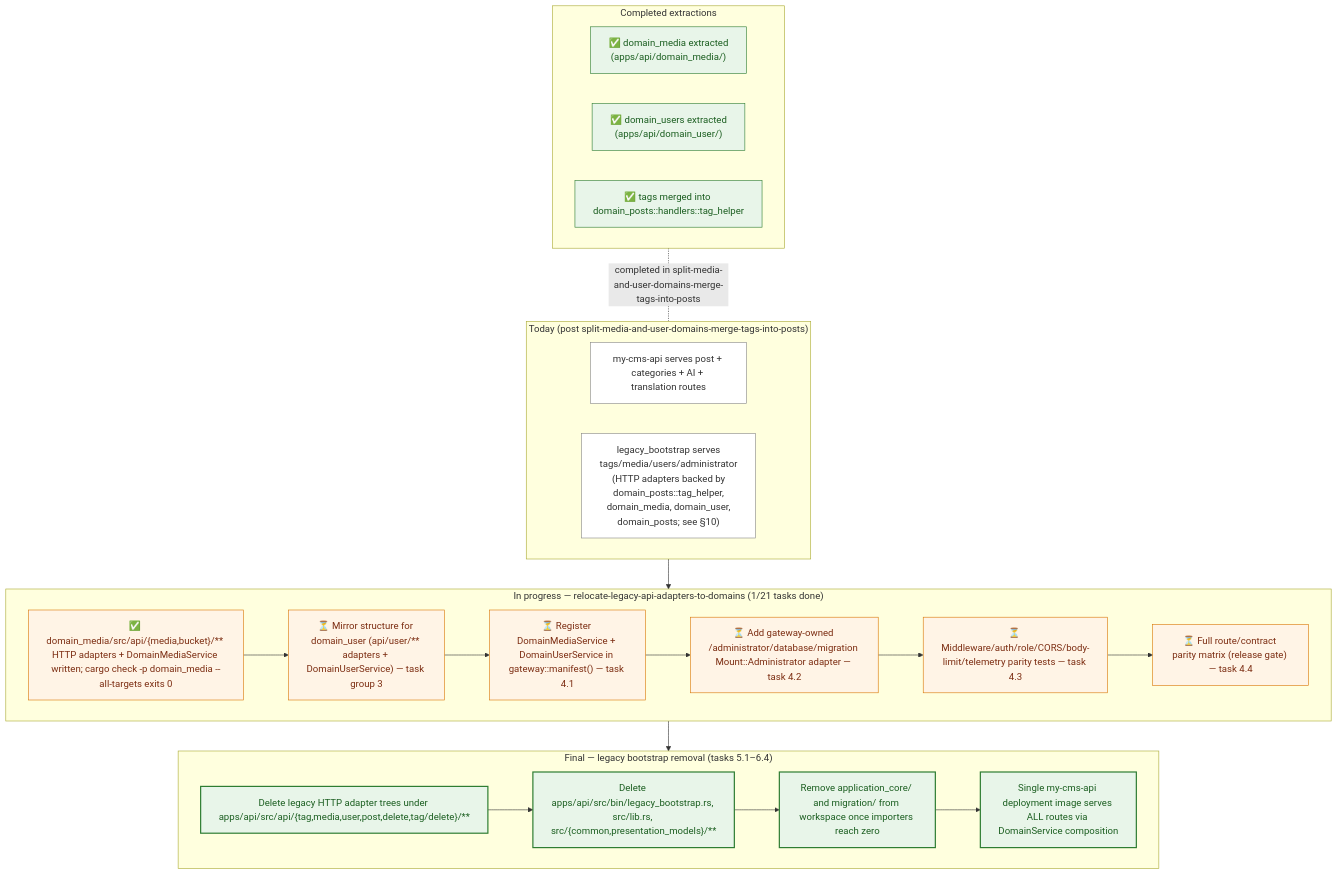
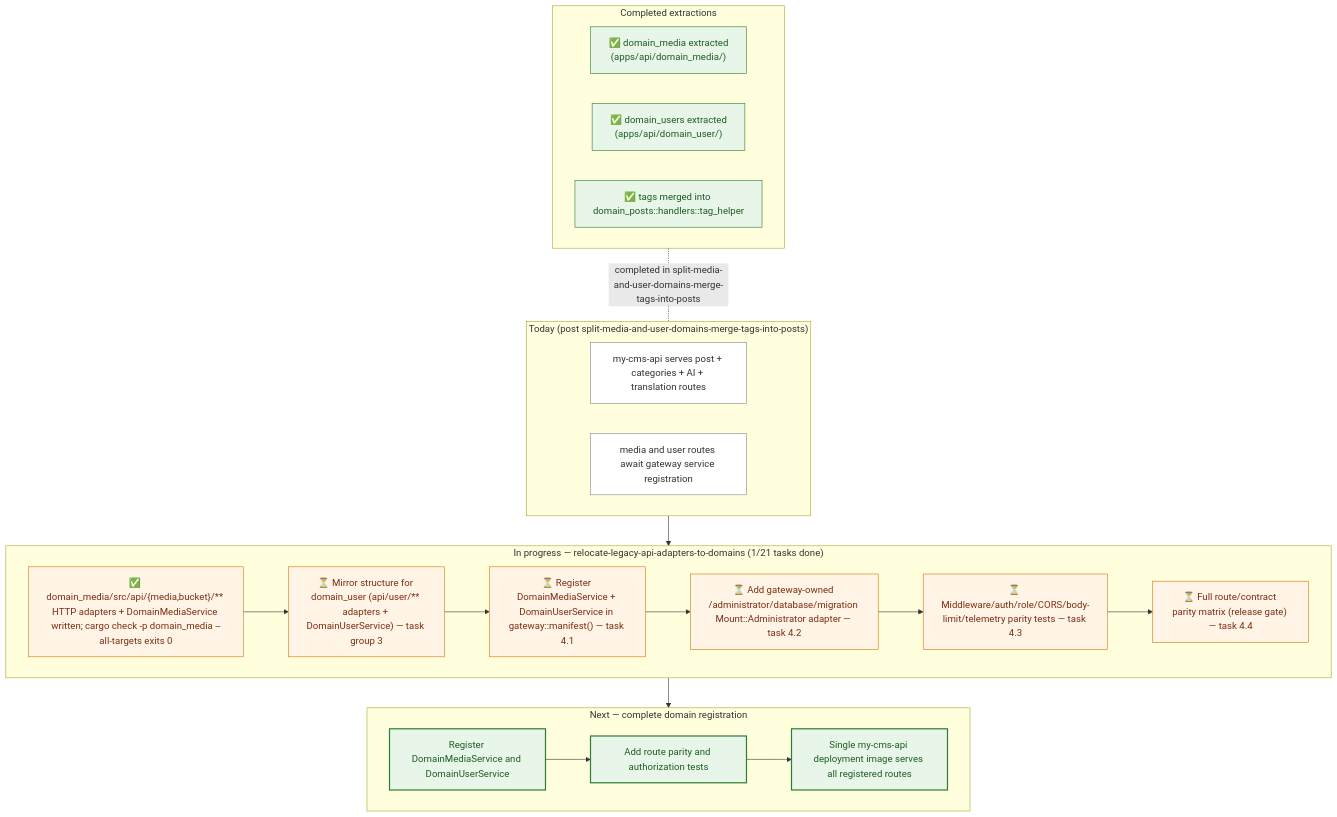
The tenth of 10 diagrams in docs/api-architecture.md (doitsu2014/my-cms), drawn with Mermaid before and after one commit. The commit also changed other lines of this file and 107 other files, not shown here.

First line of the commit message:
feat: purge legacy CMS and application core

````diff
--- a/docs/api-architecture.md
+++ b/docs/api-architecture.md
@@ -560,45 +532,45 @@
 ```mermaid
+
 graph TB
     subgraph now["Today (post split-media-and-user-domains-merge-tags-into-posts)"]
         N1["my-cms-api serves post + categories + AI + translation routes"]
-        N2["legacy_bootstrap serves<br/>tags/media/users/administrator<br/>(HTTP adapters backed by<br/>domain_posts::tag_helper,<br/>domain_media, domain_user,<br/>domain_posts; see §10)"]
+        N2["media and user routes await gateway service registration"]
     end
 
     subgraph done["Completed extractions"]
         D1["✅ domain_media extracted<br/>(apps/api/domain_media/)"]
         D2["✅ domain_users extracted<br/>(apps/api/domain_user/)"]
         D3["✅ tags merged into domain_posts::handlers::tag_helper"]
     end
 
     subgraph inprog["In progress — relocate-legacy-api-adapters-to-domains  (1/21 tasks done)"]
         I1["✅ domain_media/src/api/{media,bucket}/** HTTP adapters + DomainMediaService written; cargo check -p domain_media --all-targets exits 0"]
         I2["⏳ Mirror structure for domain_user (api/user/** adapters + DomainUserService) — task group 3"]
         I3["⏳ Register DomainMediaService + DomainUserService in gateway::manifest() — task 4.1"]
         I4["⏳ Add gateway-owned /administrator/database/migration Mount::Administrator adapter — task 4.2"]
         I5["⏳ Middleware/auth/role/CORS/body-limit/telemetry parity tests — task 4.3"]
         I6["⏳ Full route/contract parity matrix (release gate) — task 4.4"]
         I1 --> I2 --> I3 --> I4 --> I5 --> I6
     end
 
-    subgraph future["Final — legacy bootstrap removal (tasks 5.1–6.4)"]
-        F1["Delete legacy HTTP adapter trees under apps/api/src/api/{tag,media,user,post,delete,tag/delete}/**"]
-        F2["Delete apps/api/src/bin/legacy_bootstrap.rs, src/lib.rs, src/{common,presentation_models}/**"]
-        F3["Remove application_core/ and migration/ from workspace once importers reach zero"]
-        F4["Single my-cms-api deployment image serves ALL routes via DomainService composition"]
-        F1 --> F2 --> F3 --> F4
+    subgraph future["Next — complete domain registration"]
+        F1["Register DomainMediaService and DomainUserService"]
+        F2["Add route parity and authorization tests"]
+        F3["Single my-cms-api deployment image serves all registered routes"]
+        F1 --> F2 --> F3
     end
 
     now --> inprog
     inprog --> future
     done -. "completed in split-media-and-user-domains-merge-tags-into-posts" .- now
 
     classDef current fill:#fff,stroke:#888,stroke-width:1px
     classDef completed fill:#e8f5e9,stroke:#2e7d32,stroke-width:1px,color:#1b5e20
     classDef nextStage fill:#fff4e6,stroke:#d97706,stroke-width:1px,color:#7c2d12
     classDef futureStage fill:#e8f5e9,stroke:#2e7d32,stroke-width:2px,color:#1b5e20
 
     class N1,N2 current
     class D1,D2,D3 completed
     class I1,I2,I3,I4,I5,I6 nextStage
     class F1,F2,F3,F4 futureStage
 ```
````
